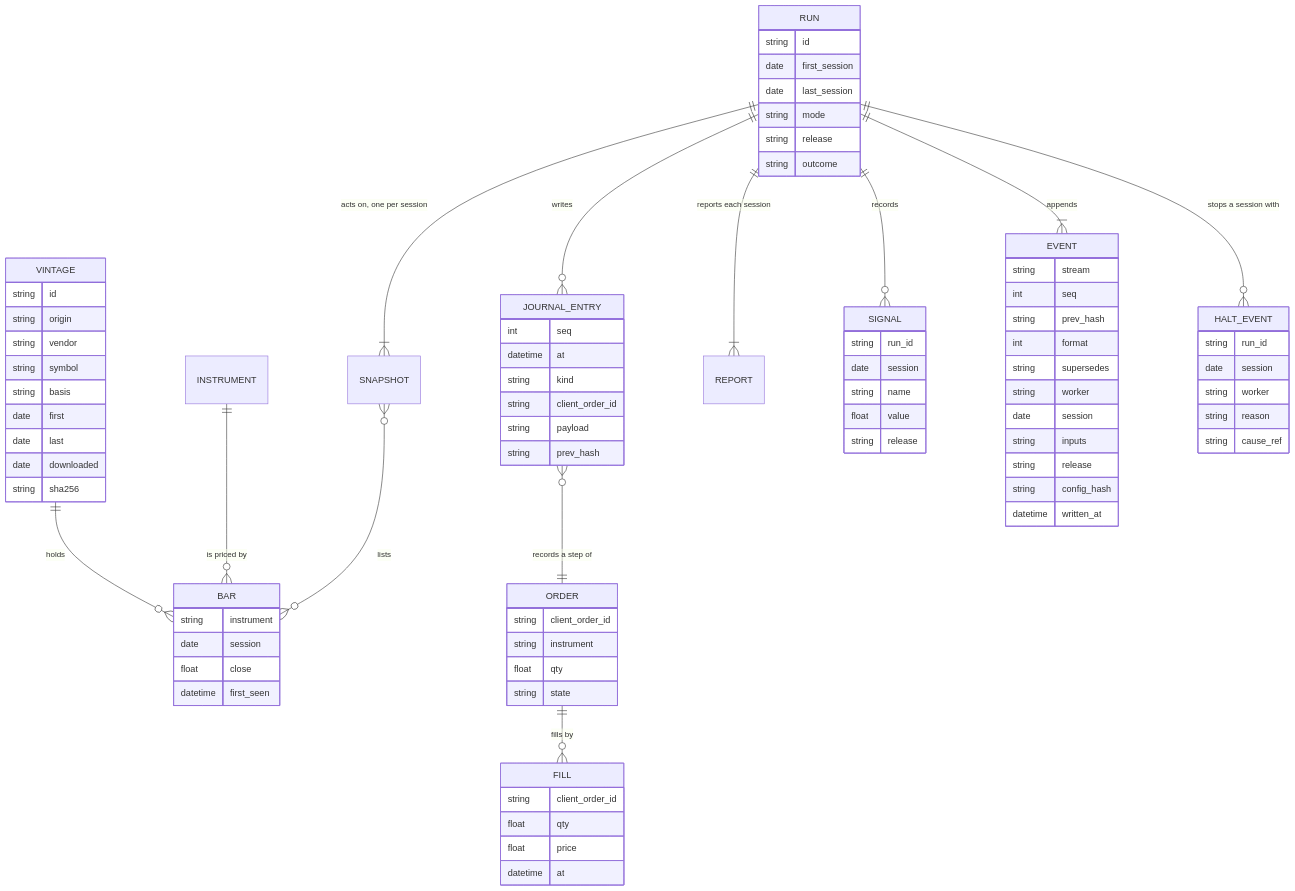
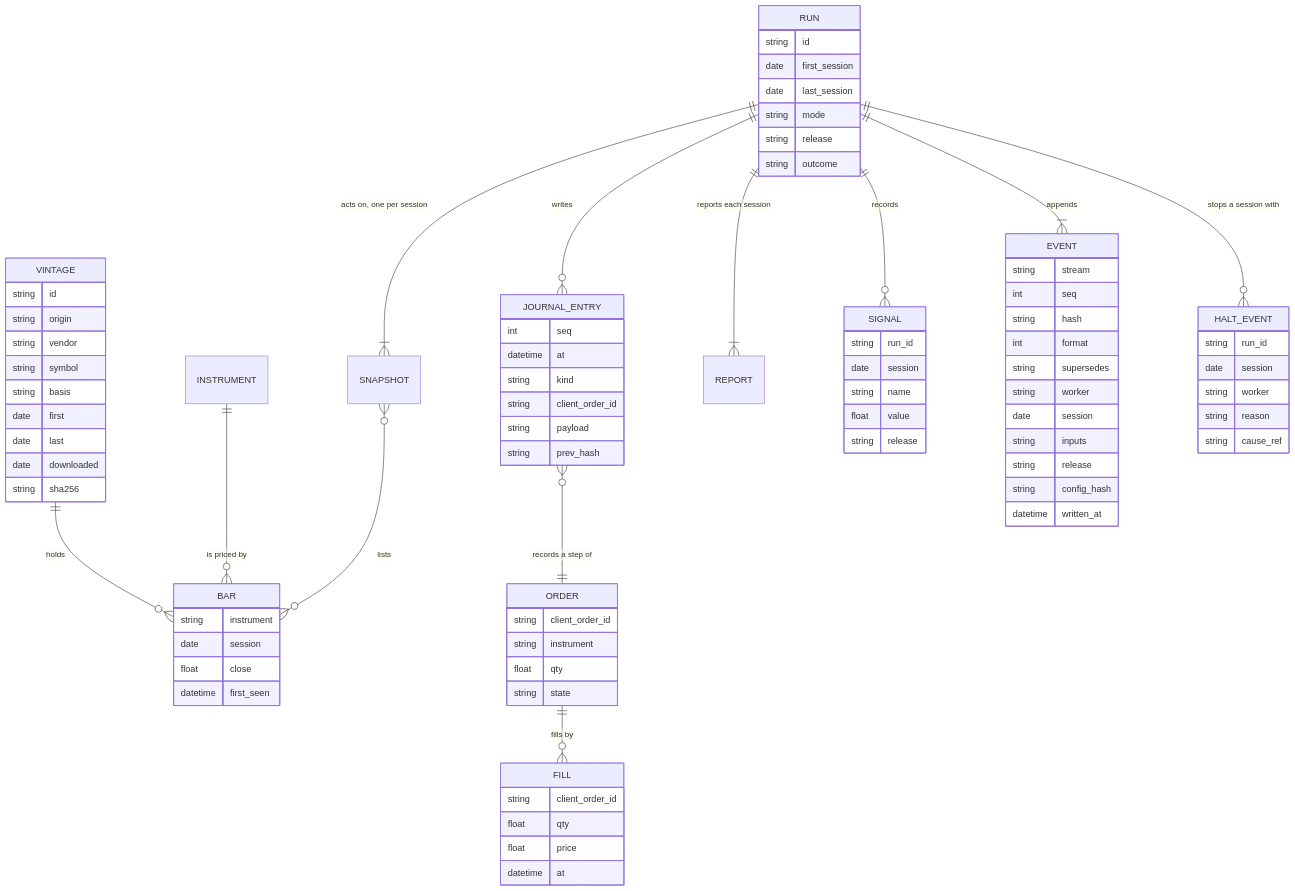
Before and after one commit to l3a0/ithildin-runtime: diagram 14 of 16 in docs/architecture.md, drawn with Mermaid. The commit also changed other lines of this file and 1 other file, not shown here.

```diff
--- a/docs/architecture.md
+++ b/docs/architecture.md
@@ -1274,7 +1275,7 @@
     EVENT {
         string stream
         int seq
-        string prev_hash
+        string hash
         int format
         string supersedes
         string worker
```
